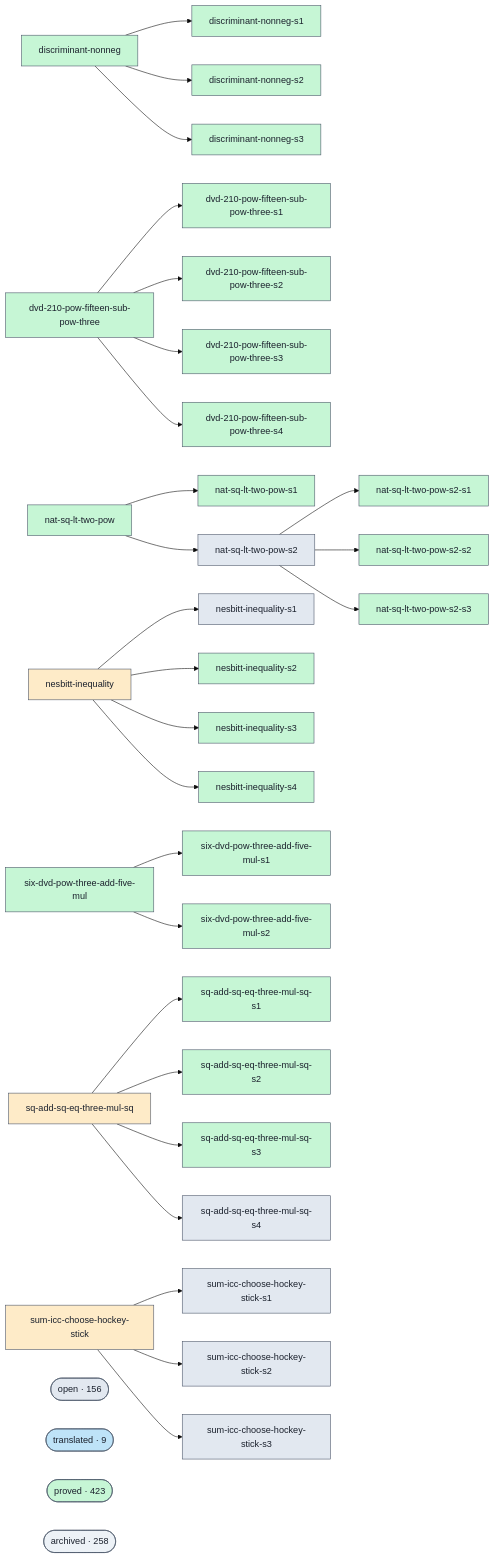
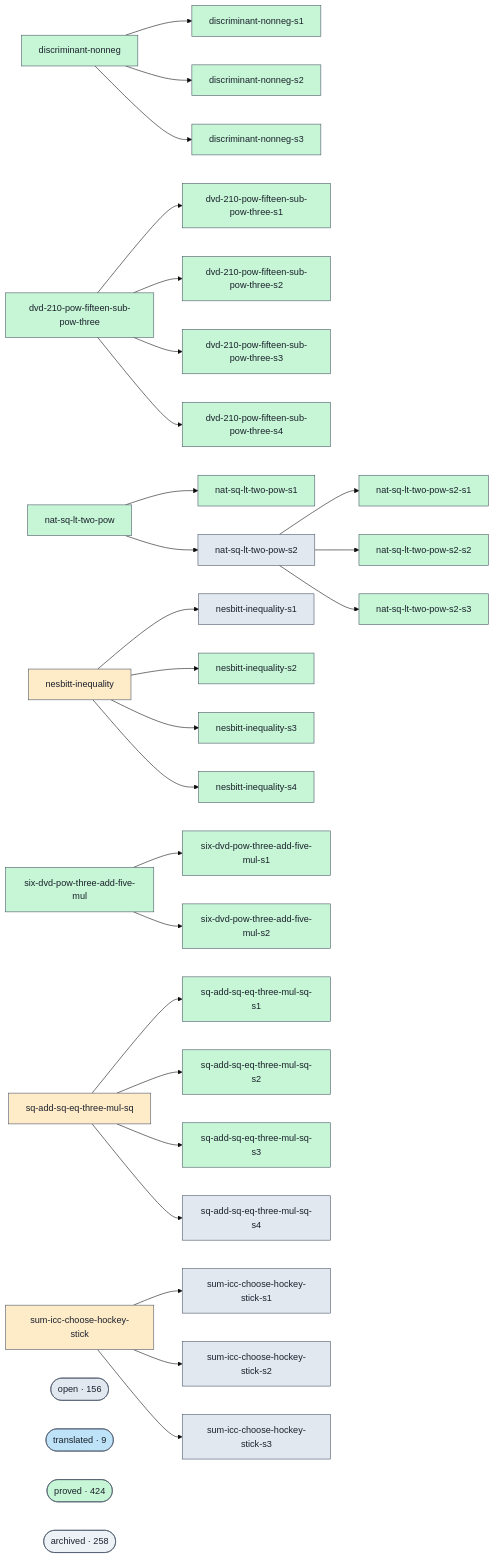
The diagram in docs/proofs-contributors-visualisation.md (ohdearquant/unsorry), drawn with Mermaid (base theme) before and after one commit. The commit also changed other lines of this file and 2 other files, not shown here.

```diff
--- a/docs/proofs-contributors-visualisation.md
+++ b/docs/proofs-contributors-visualisation.md
@@ -147,7 +147,7 @@
   class cluster_open open;
   cluster_translated(["translated · 9"])
   class cluster_translated translated;
-  cluster_proved(["proved · 423"])
+  cluster_proved(["proved · 424"])
   class cluster_proved proved;
   cluster_archived(["archived · 258"])
   class cluster_archived unknown;
```
